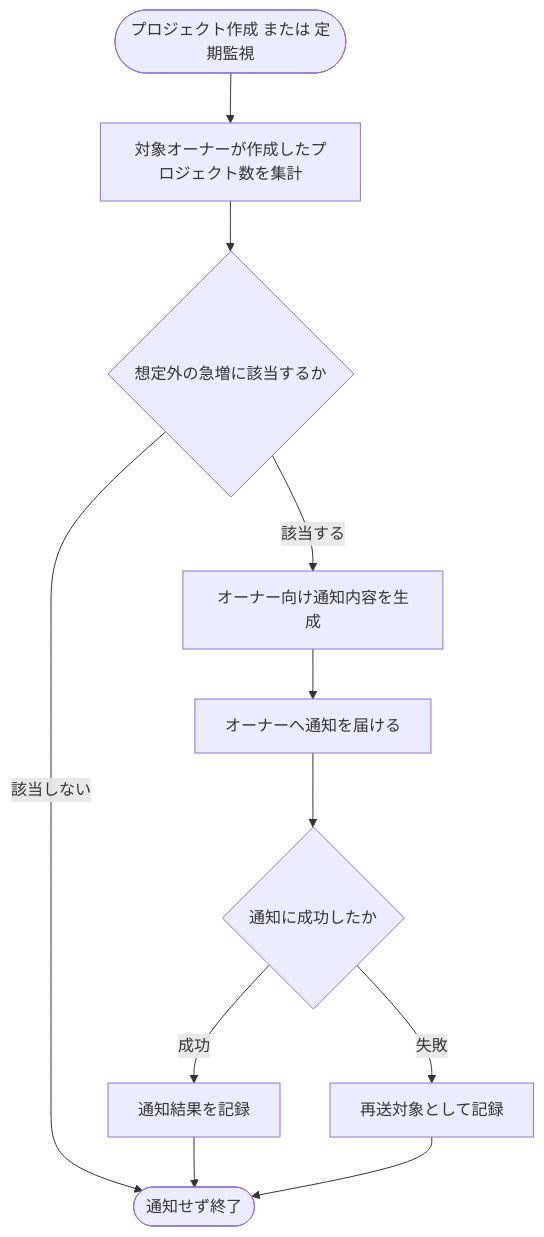
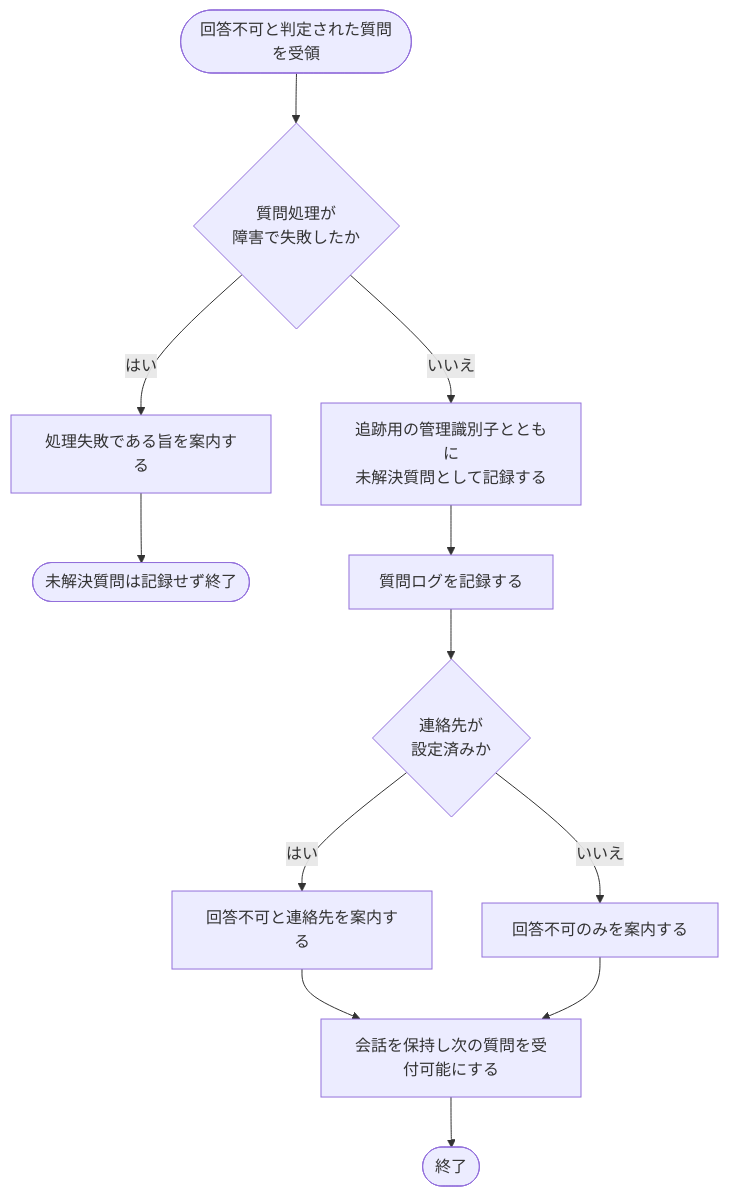
One commit to sikakou54/open-faq changed the diagram in 02_basic_design/02_backend/01_system/SYS-002.md. Above: the diagram before and after it, drawn with Mermaid. The commit also changed other lines of this file and 395 other files, not shown here.

````diff
--- a/02_basic_design/02_backend/01_system/SYS-002.md
+++ b/02_basic_design/02_backend/01_system/SYS-002.md
@@ -26,13 +25,14 @@
 ```mermaid
 flowchart TB
-  start([プロジェクト作成 または 定期監視]) --> agg[対象オーナーが作成したプロジェクト数を集計]
-  agg --> judge{想定外の急増に該当するか}
-  judge -- 該当しない --> done([通知せず終了])
-  judge -- 該当する --> compose[オーナー向け通知内容を生成]
-  compose --> notify[オーナーへ通知を届ける]
-  notify --> result{通知に成功したか}
-  result -- 成功 --> log[通知結果を記録]
-  log --> done
-  result -- 失敗 --> retry[再送対象として記録]
-  retry --> done
+  S([回答不可と判定された質問を受領]) --> Q{質問処理が<br/>障害で失敗したか}
+  Q -- はい --> E[処理失敗である旨を案内する]
+  E --> EX([未解決質問は記録せず終了])
+  Q -- いいえ --> R[追跡用の管理識別子とともに<br/>未解決質問として記録する]
+  R --> L[質問ログを記録する]
+  L --> C{連絡先が<br/>設定済みか}
+  C -- はい --> G1[回答不可と連絡先を案内する]
+  C -- いいえ --> G2[回答不可のみを案内する]
+  G1 --> K[会話を保持し次の質問を受付可能にする]
+  G2 --> K
+  K --> END([終了])
 ```
````
